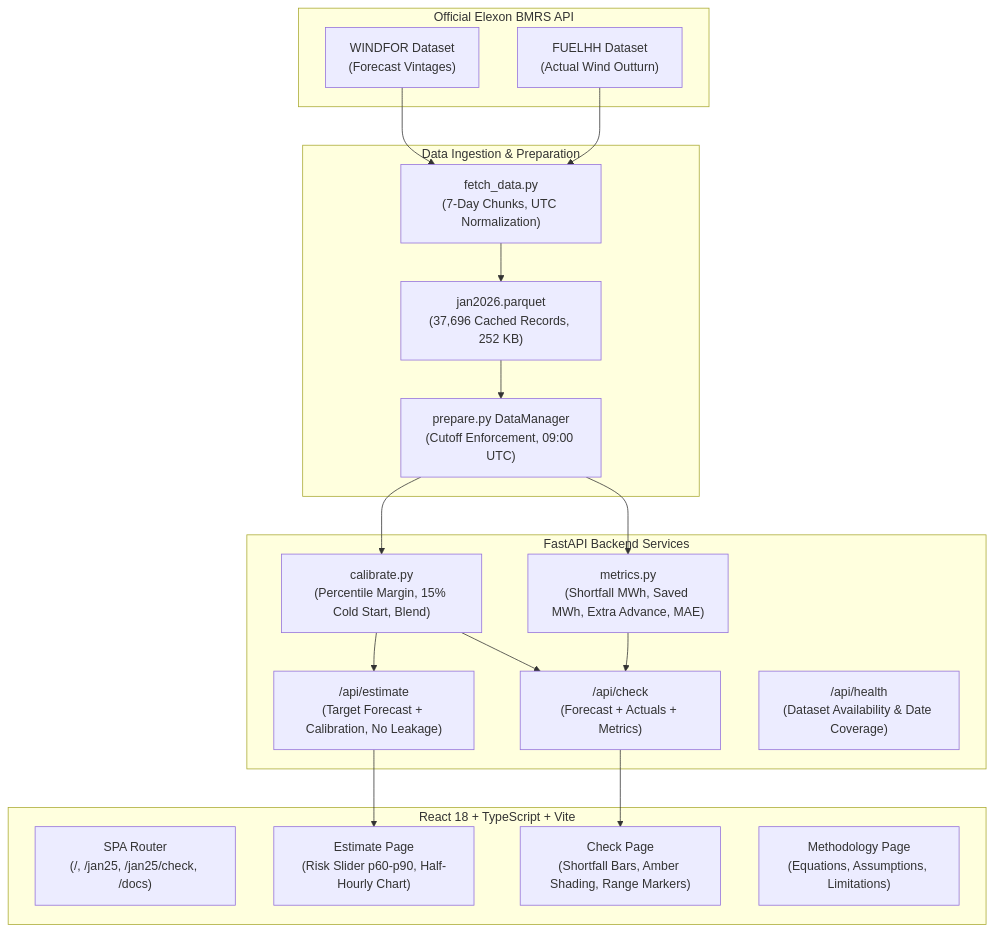
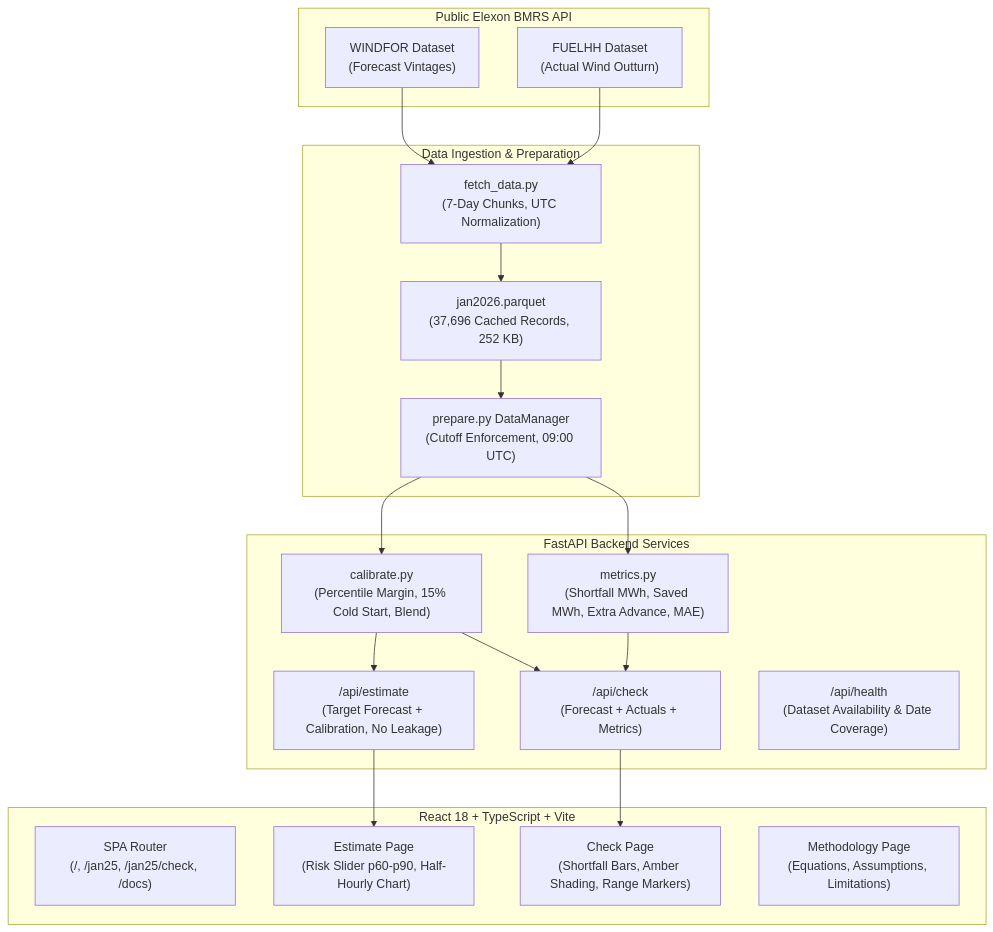
The diagram in README.md (Learner2006/qwertyuiop), drawn with Mermaid before and after one commit. The commit also changed other lines of this file and 12 other files, not shown here.

````diff
--- a/README.md
+++ b/README.md
@@ -82,40 +82,40 @@
 ```mermaid
 flowchart TD
-    subgraph Elexon["Official Elexon BMRS API"]
+    subgraph Elexon["Public Elexon BMRS API"]
         WF["WINDFOR Dataset<br/>(Forecast Vintages)"]
         FHH["FUELHH Dataset<br/>(Actual Wind Outturn)"]
     end
 
     subgraph DataPipeline["Data Ingestion & Preparation"]
         FETCH["fetch_data.py<br/>(7-Day Chunks, UTC Normalization)"]
         PARQUET["jan2026.parquet<br/>(37,696 Cached Records, 252 KB)"]
         PREPARE["prepare.py DataManager<br/>(Cutoff Enforcement, 09:00 UTC)"]
     end
 
     subgraph Backend["FastAPI Backend Services"]
         CALIB["calibrate.py<br/>(Percentile Margin, 15% Cold Start, Blend)"]
         METRICS["metrics.py<br/>(Shortfall MWh, Saved MWh, Extra Advance, MAE)"]
         API_EST["/api/estimate<br/>(Target Forecast + Calibration, No Leakage)"]
         API_CHK["/api/check<br/>(Forecast + Actuals + Metrics)"]
         API_HLT["/api/health<br/>(Dataset Availability & Date Coverage)"]
     end
 
     subgraph Frontend["React 18 + TypeScript + Vite"]
         NAV["SPA Router<br/>(/, /jan25, /jan25/check, /docs)"]
         PAGE_EST["Estimate Page<br/>(Risk Slider p60-p90, Half-Hourly Chart)"]
         PAGE_CHK["Check Page<br/>(Shortfall Bars, Amber Shading, Range Markers)"]
         PAGE_DOCS["Methodology Page<br/>(Equations, Assumptions, Limitations)"]
     end
 
     WF --> FETCH
     FHH --> FETCH
     FETCH --> PARQUET
     PARQUET --> PREPARE
     PREPARE --> CALIB
     PREPARE --> METRICS
     CALIB --> API_EST
     CALIB --> API_CHK
     METRICS --> API_CHK
     API_EST --> PAGE_EST
     API_CHK --> PAGE_CHK
 ```
````
